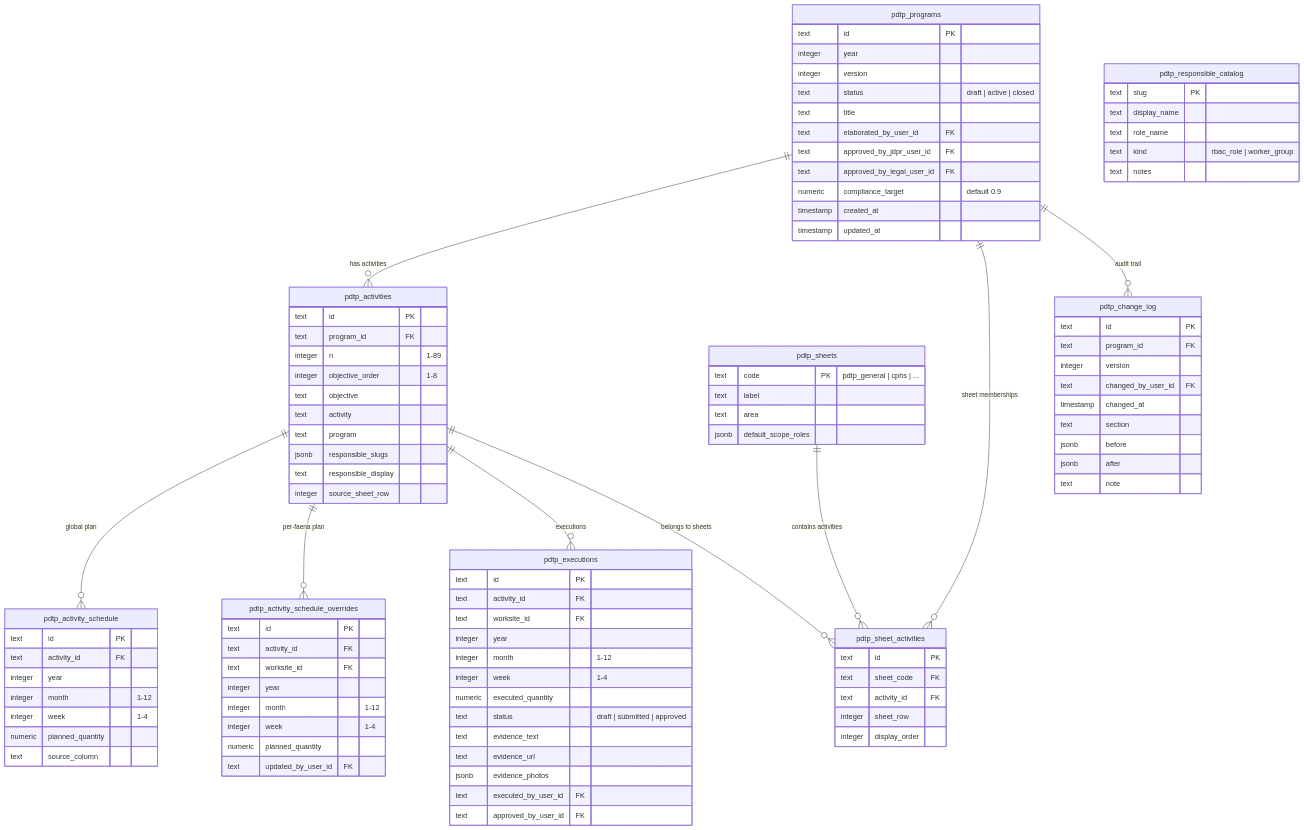
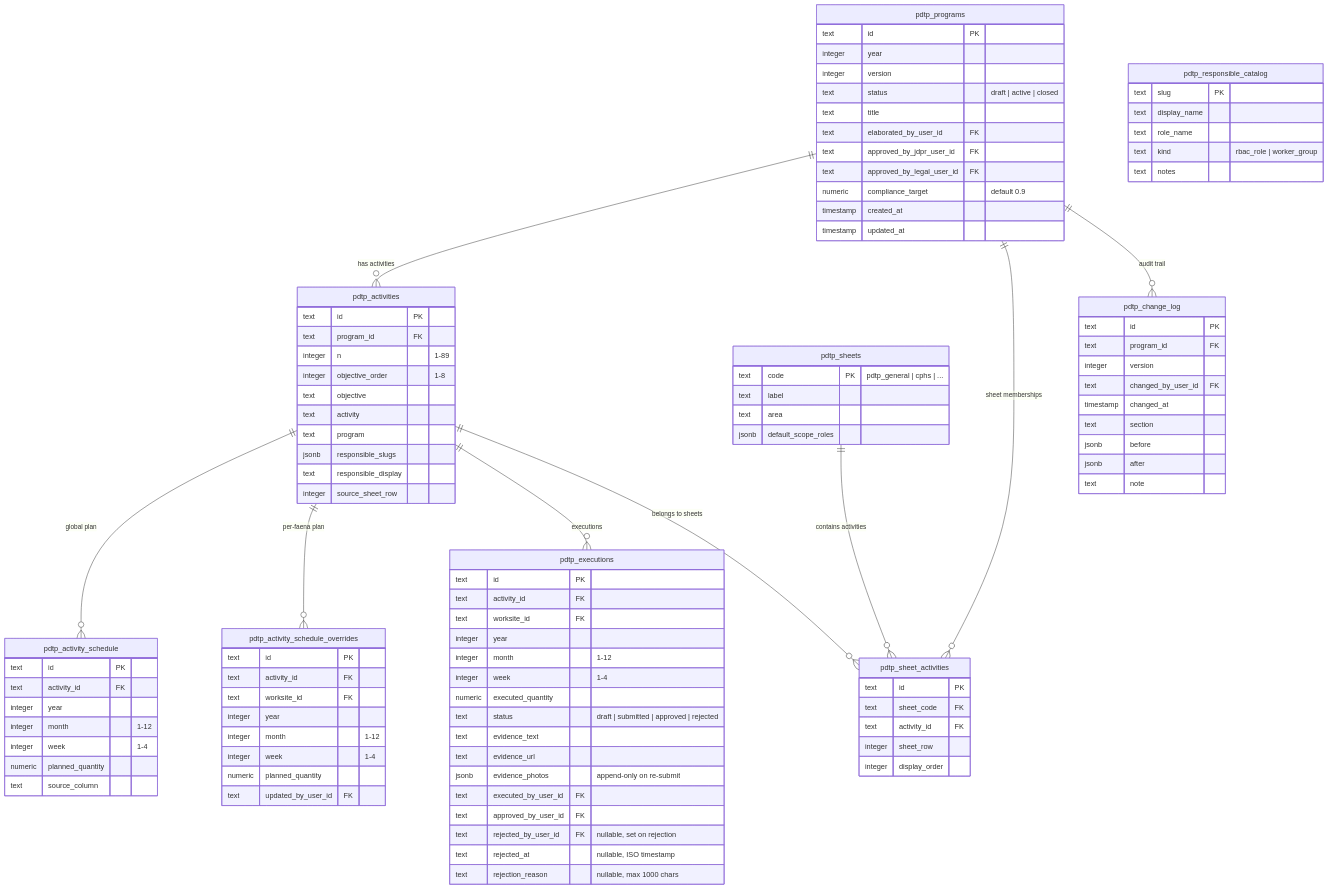
Before and after one commit to Allopze/bodega: the fifth of 8 diagrams in MODULO_PDTP.md, drawn with Mermaid. The commit also changed other lines of this file and 7 other files, not shown here.

```diff
--- a/MODULO_PDTP.md
+++ b/MODULO_PDTP.md
@@ -340,12 +340,15 @@
         integer month "1-12"
         integer week "1-4"
         numeric executed_quantity
-        text status "draft | submitted | approved"
+        text status "draft | submitted | approved | rejected"
         text evidence_text
         text evidence_url
-        jsonb evidence_photos
+        jsonb evidence_photos "append-only on re-submit"
         text executed_by_user_id FK
         text approved_by_user_id FK
+        text rejected_by_user_id FK "nullable, set on rejection"
+        text rejected_at "nullable, ISO timestamp"
+        text rejection_reason "nullable, max 1000 chars"
     }
 
     pdtp_sheets {
```
